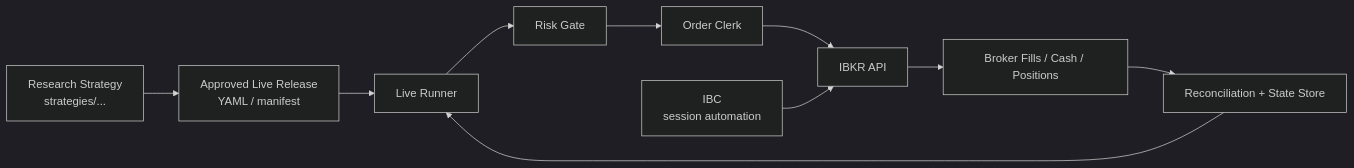
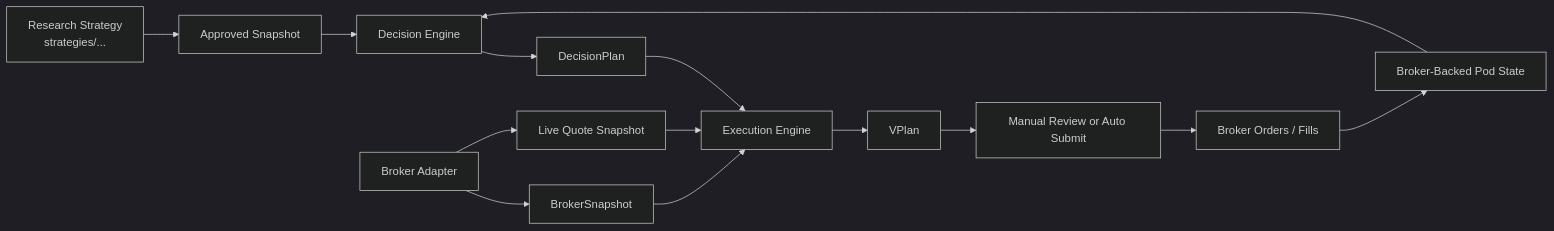
The diagram in LIVE_TRADING_ARCHITECTURE.md (slobole/alpha_super), drawn with Mermaid (dark theme) before and after one commit. The commit also changed other lines of this file and 26 other files, not shown here.

Commit message:
Refactor live trading to broker-truth VPlan execution

````diff
--- a/LIVE_TRADING_ARCHITECTURE.md
+++ b/LIVE_TRADING_ARCHITECTURE.md
@@ -56,12 +91,16 @@
 ```mermaid
 flowchart LR
-    A["Research Strategy<br/>strategies/..."] --> B["Approved Live Release<br/>YAML / manifest"]
-    B --> C["Live Runner"]
-    C --> D["Risk Gate"]
-    D --> E["Order Clerk"]
-    E --> F["IBKR API"]
-    G["IBC<br/>session automation"] --> F
-    F --> H["Broker Fills / Cash / Positions"]
-    H --> I["Reconciliation + State Store"]
-    I --> C
+    A["Research Strategy<br/>strategies/..."] --> B["Approved Snapshot"]
+    B --> C["Decision Engine"]
+    C --> D["DecisionPlan"]
+    E["Broker Adapter"] --> F["BrokerSnapshot"]
+    E --> G["Live Quote Snapshot"]
+    D --> H["Execution Engine"]
+    F --> H
+    G --> H
+    H --> I["VPlan"]
+    I --> J["Manual Review or Auto Submit"]
+    J --> K["Broker Orders / Fills"]
+    K --> L["Broker-Backed Pod State"]
+    L --> C
 ```
````
